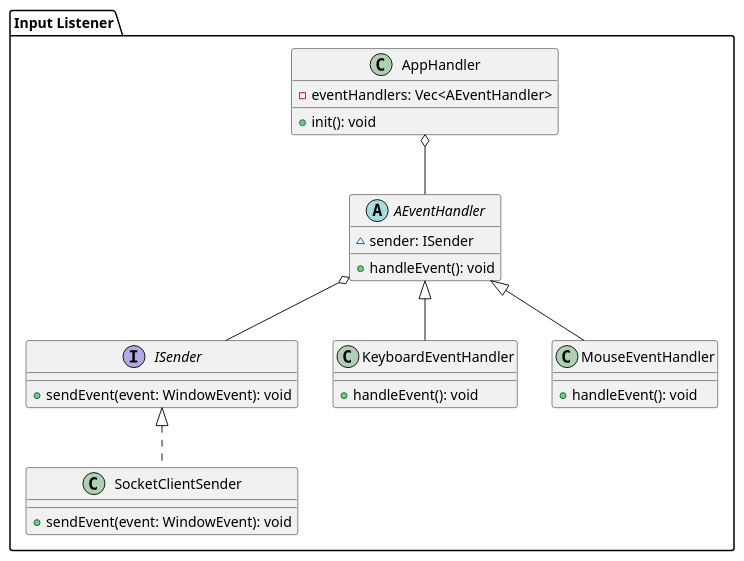
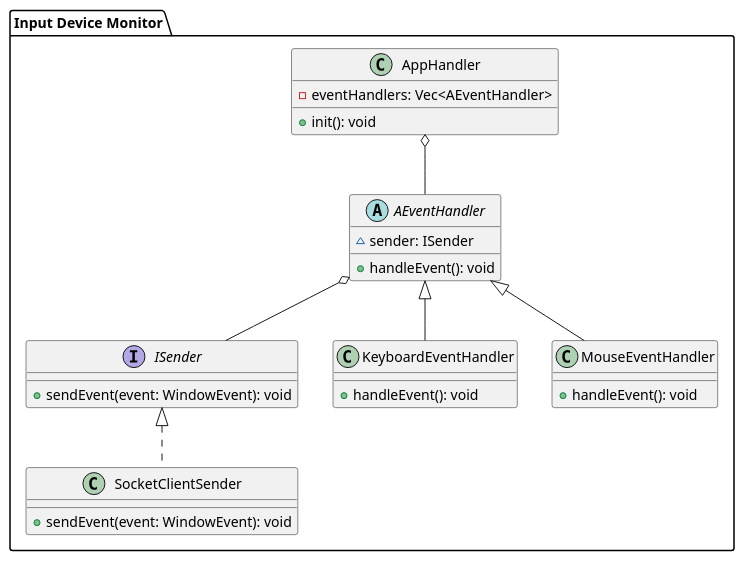
One commit to Pending-Name-21/arquitecture changed the diagram in uml/backend-software-system/input-listener.puml. Above: the diagram before and after it, drawn with PlantUML.

Commit message:
refactor: fixing the comments from the reviewer

```diff
--- a/uml/backend-software-system/input-listener.puml
+++ b/uml/backend-software-system/input-listener.puml
@@ -1,40 +1,40 @@
-@startuml input-listener-screen
-package "Input Listener" {
+@startuml input-device-monitor-screen
+package "Input Device Monitor" {
 
     interface ISender {
         +sendEvent(event: WindowEvent): void
     }
 
     class SocketClientSender {
         +sendEvent(event: WindowEvent): void
     }
 
     ISender <|.. SocketClientSender
 
     abstract class AEventHandler {
         ~sender: ISender
         +handleEvent(): void
     }
 
     class KeyboardEventHandler {
         +handleEvent(): void
     }
 
     class MouseEventHandler {
         +handleEvent(): void
     }
 
     AEventHandler <|-- KeyboardEventHandler
     AEventHandler <|-- MouseEventHandler
 
     AEventHandler o-- ISender
 
     class AppHandler {
         -eventHandlers: Vec<AEventHandler>
         +init(): void
     }
 
     AppHandler o-- AEventHandler  
 
 }
 @enduml
```
